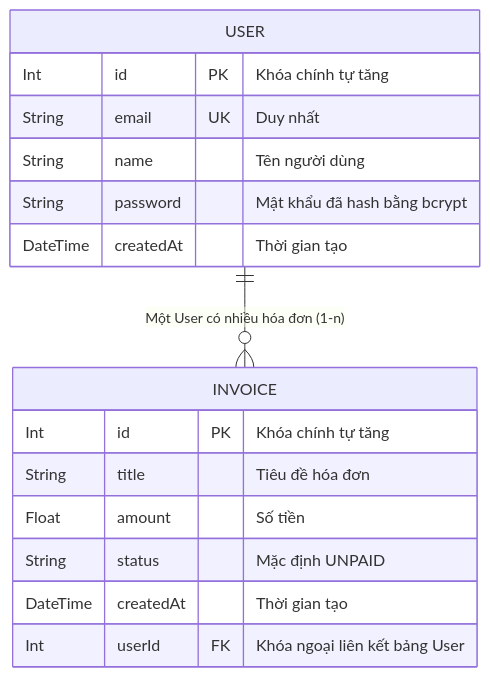
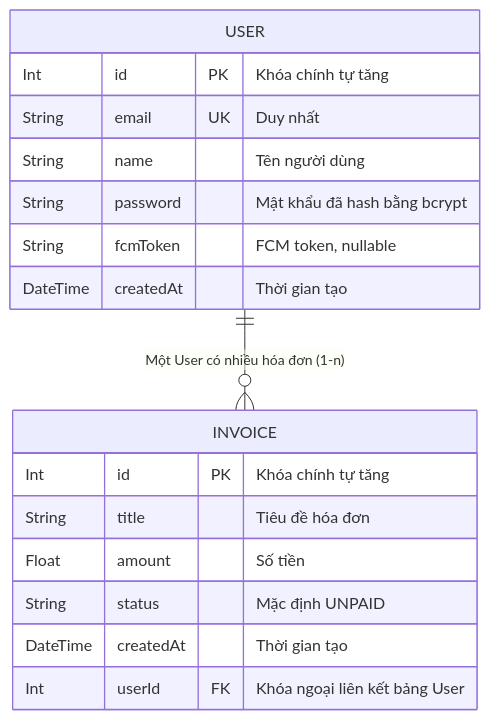
Before and after one commit to nguyenvudung030121/base-nestJS: the first of 2 diagrams in document/DEVELOPER_GUIDE.md, drawn with Mermaid. The commit also changed other lines of this file and 12 other files, not shown here.

Commit message:
feat: add firebase fcm token APIs

````diff
--- a/document/DEVELOPER_GUIDE.md
+++ b/document/DEVELOPER_GUIDE.md
@@ -64,19 +76,20 @@
 ```mermaid
 erDiagram
     USER {
         Int id PK "Khóa chính tự tăng"
         String email UK "Duy nhất"
         String name "Tên người dùng"
         String password "Mật khẩu đã hash bằng bcrypt"
+        String fcmToken "FCM token, nullable"
         DateTime createdAt "Thời gian tạo"
     }
     INVOICE {
         Int id PK "Khóa chính tự tăng"
         String title "Tiêu đề hóa đơn"
         Float amount "Số tiền"
         String status "Mặc định UNPAID"
         DateTime createdAt "Thời gian tạo"
         Int userId FK "Khóa ngoại liên kết bảng User"
     }
     USER ||--o{ INVOICE : "Một User có nhiều hóa đơn (1-n)"
 ```
````
